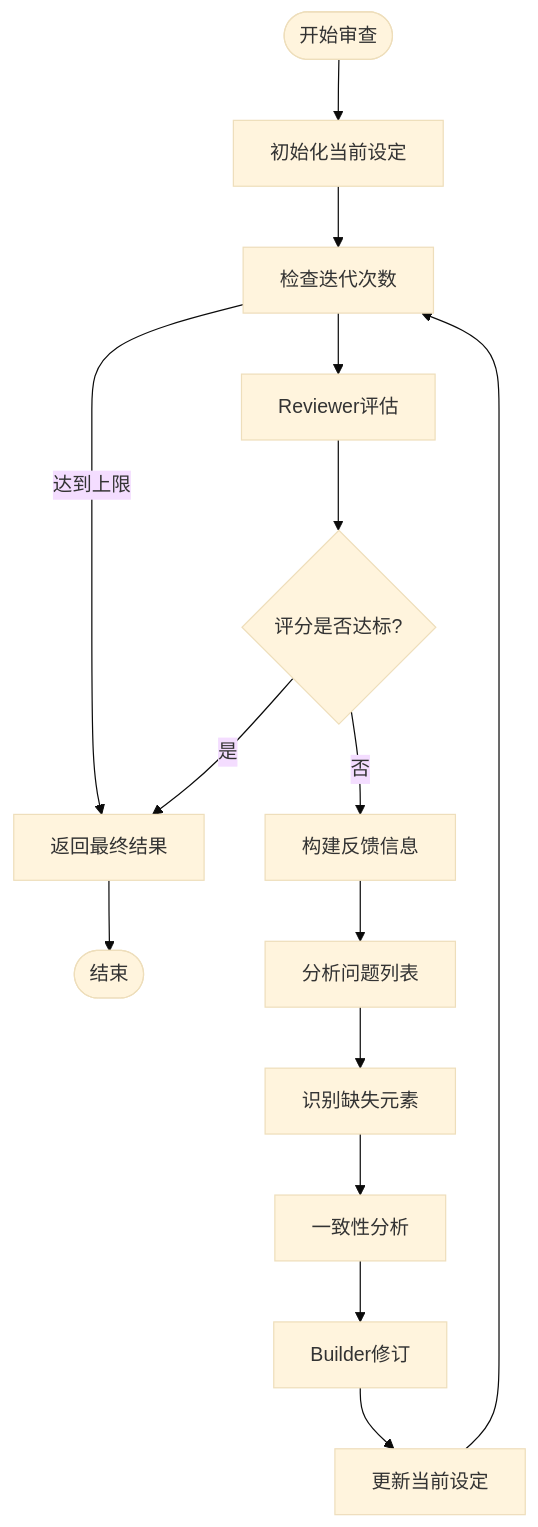
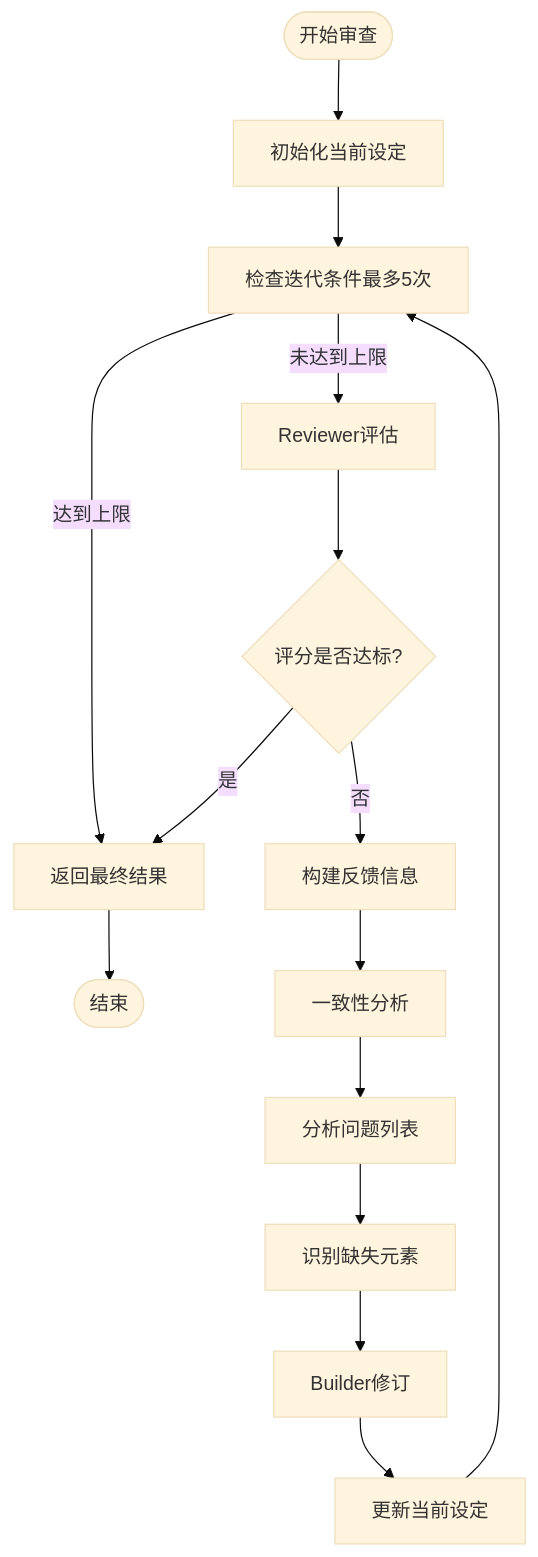
The sixth of 9 diagrams in .qoder/repowiki/zh/content/AI智能体系统/世界设定审查处理器.md (xfbyxq/ai-novel-system), drawn with Mermaid (base theme) before and after one commit. The commit also changed other lines of this file and 10 other files, not shown here.

````diff
--- a/.qoder/repowiki/zh/content/AI智能体系统/世界设定审查处理器.md
+++ b/.qoder/repowiki/zh/content/AI智能体系统/世界设定审查处理器.md
@@ -274,17 +305,17 @@
 ```mermaid
 flowchart TD
 START([开始审查]) --> INIT[初始化当前设定]
-INIT --> ITER[检查迭代次数]
-ITER --> |达到上限| RETURN[返回最终结果]
-ITER --> REVIEW[Reviewer评估]
+INIT --> CHECK[检查迭代条件最多5次]
+CHECK --> |达到上限| RETURN[返回最终结果]
+CHECK --> |未达到上限| REVIEW[Reviewer评估]
 REVIEW --> SCORE{评分是否达标?}
 SCORE --> |是| RETURN
 SCORE --> |否| FEEDBACK[构建反馈信息]
-FEEDBACK --> ISSUE[分析问题列表]
+FEEDBACK --> CONSIST[一致性分析]
+CONSIST --> ISSUE[分析问题列表]
 ISSUE --> MISSING[识别缺失元素]
-MISSING --> CONSIST[一致性分析]
-CONSIST --> REVISION[Builder修订]
+MISSING --> REVISION[Builder修订]
 REVISION --> UPDATE[更新当前设定]
-UPDATE --> ITER
+UPDATE --> CHECK
 RETURN --> END([结束])
 ```
````
